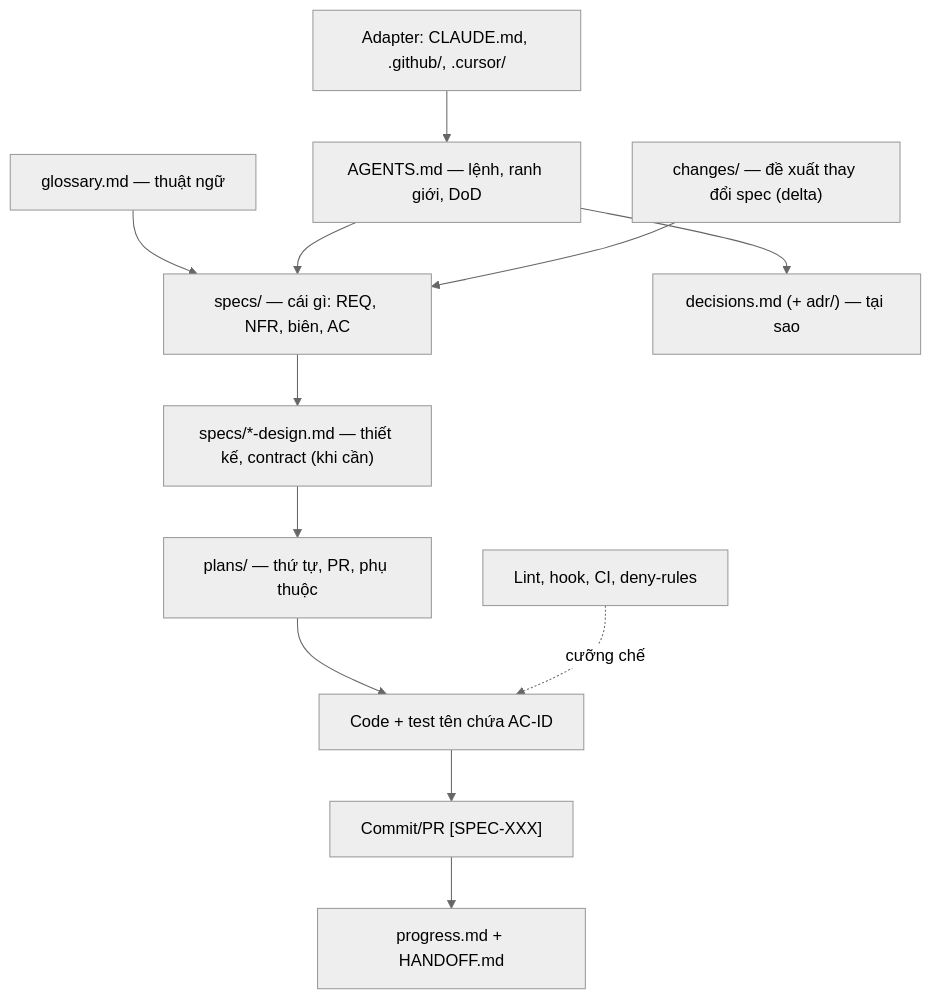
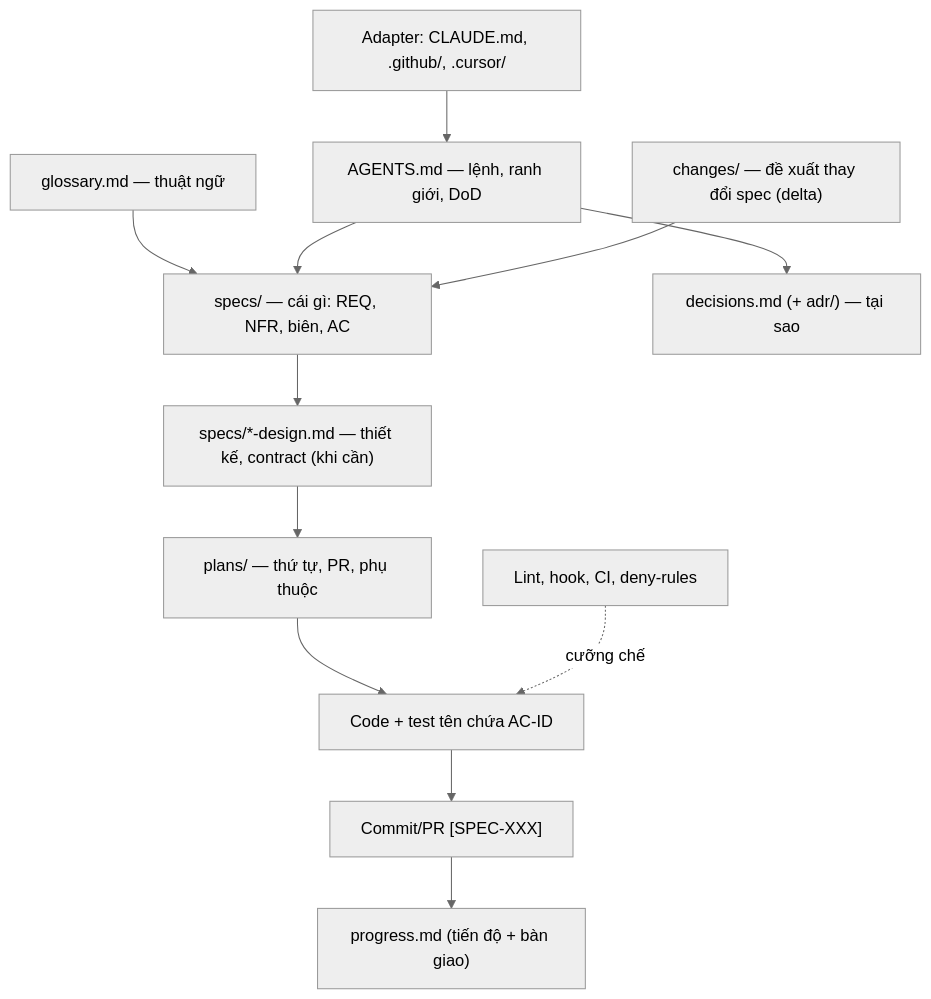
The diagram in references/principles.md (huongmh14/writing-spec-for-ai), drawn with Mermaid (neutral theme) before and after one commit. The commit also changed other lines of this file and 11 other files, not shown here.

Commit message:
refactor(c17): merge HANDOFF.md into docs/progress.md as single session memory

````diff
--- a/references/principles.md
+++ b/references/principles.md
@@ -22,14 +22,14 @@
 ```mermaid
 flowchart TD
     G["glossary.md — thuật ngữ"] --> C
     A["AGENTS.md — lệnh, ranh giới, DoD"] --> B["decisions.md (+ adr/) — tại sao"]
     A --> C["specs/ — cái gì: REQ, NFR, biên, AC"]
     C --> DS["specs/*-design.md — thiết kế, contract (khi cần)"]
     DS --> D["plans/ — thứ tự, PR, phụ thuộc"]
     CH["changes/ — đề xuất thay đổi spec (delta)"] --> C
     D --> E["Code + test tên chứa AC-ID"]
     E --> F["Commit/PR [SPEC-XXX]"]
-    F --> P["progress.md + HANDOFF.md"]
+    F --> P["progress.md (tiến độ + bàn giao)"]
     H["Adapter: CLAUDE.md, .github/, .cursor/"] --> A
     I["Lint, hook, CI, deny-rules"] -.cưỡng chế.-> E
 ```
````
